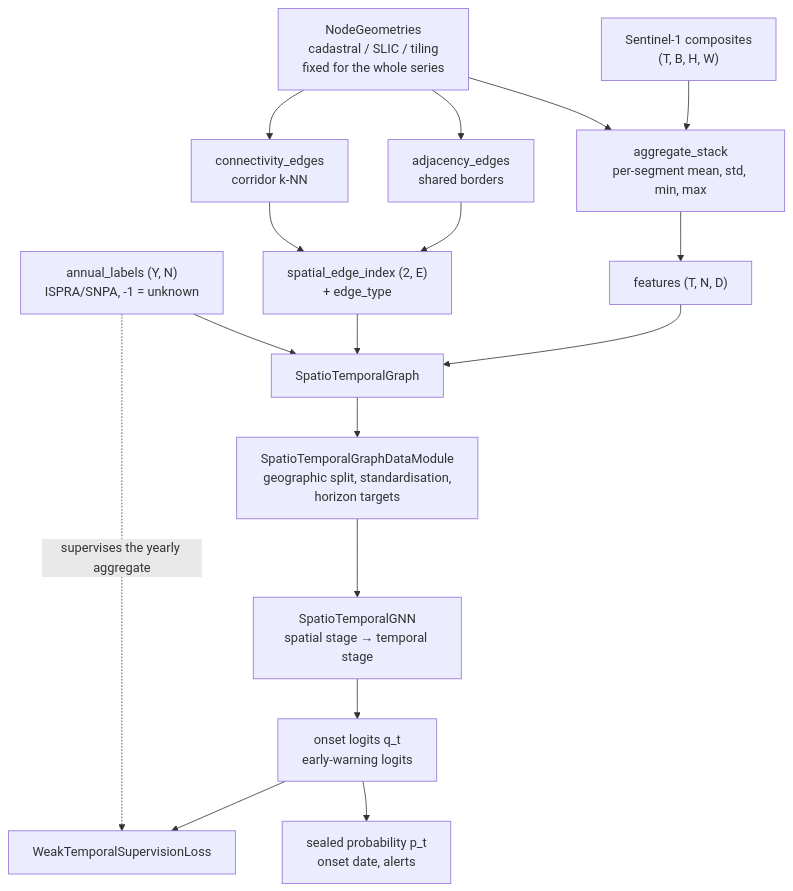
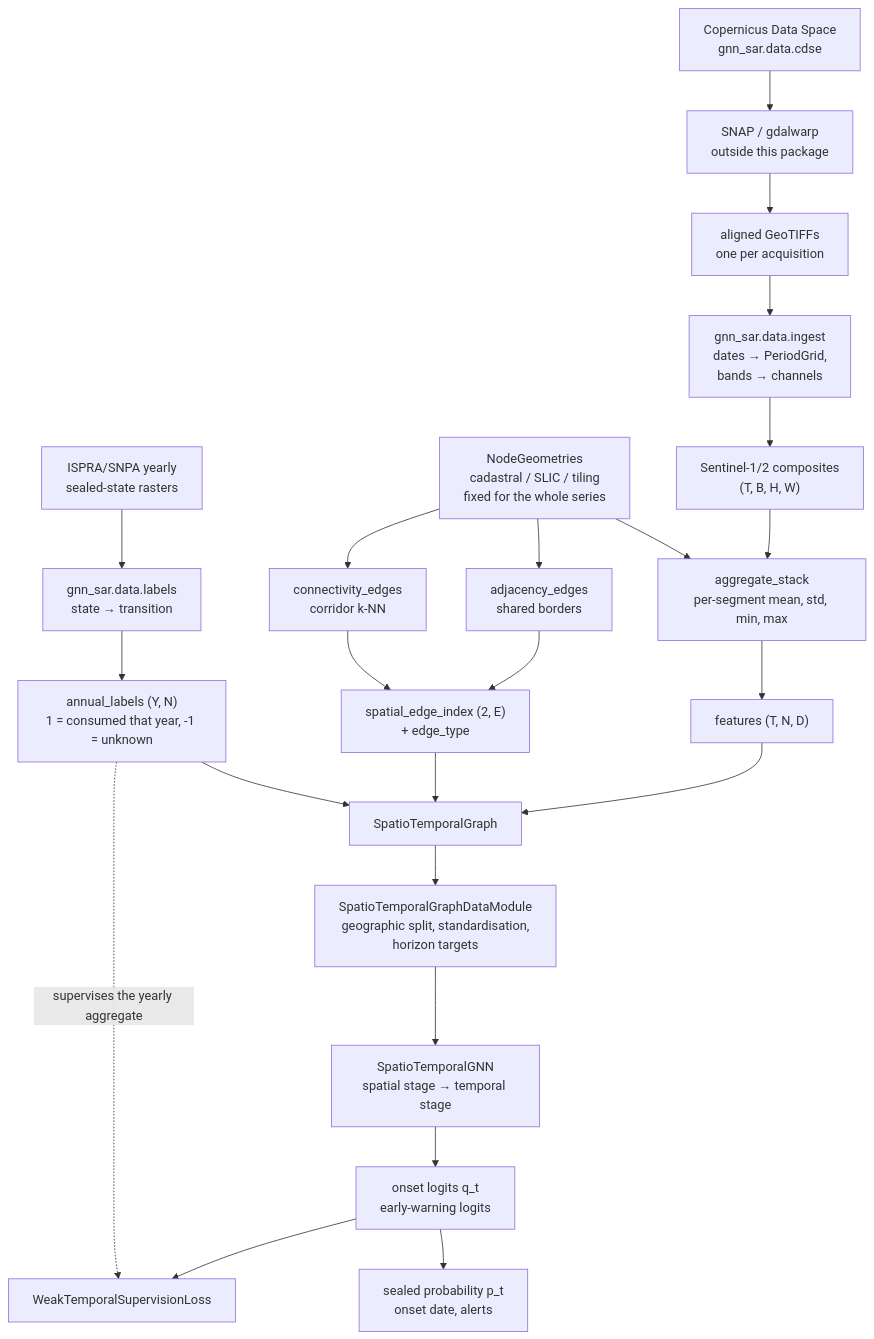
One commit to matteo-campana/gnn-sar changed the diagram in ARCHITECTURE.md. Above: the diagram before and after it, drawn with Mermaid. The commit also changed other lines of this file and 24 other files, not shown here.

First line of the commit message:
Add the Sentinel ingestion path and a guide to using real data

````diff
--- a/ARCHITECTURE.md
+++ b/ARCHITECTURE.md
@@ -10,22 +10,28 @@
 ```mermaid
 flowchart TD
-    RASTER["Sentinel-1 composites<br/>(T, B, H, W)"] --> AGG
+    CDSE["Copernicus Data Space<br/>gnn_sar.data.cdse"] --> PREP
+    PREP["SNAP / gdalwarp<br/>outside this package"] --> TIFF
+    TIFF["aligned GeoTIFFs<br/>one per acquisition"] --> INGEST
+    INGEST["gnn_sar.data.ingest<br/>dates → PeriodGrid,<br/>bands → channels"] --> RASTER
+    RASTER["Sentinel-1/2 composites<br/>(T, B, H, W)"] --> AGG
     GEOM["NodeGeometries<br/>cadastral / SLIC / tiling<br/>fixed for the whole series"] --> AGG
     AGG["aggregate_stack<br/>per-segment mean, std, min, max"] --> FEAT["features (T, N, D)"]
 
     GEOM --> ADJ["adjacency_edges<br/>shared borders"]
     GEOM --> CONN["connectivity_edges<br/>corridor k-NN"]
     ADJ --> EDGES["spatial_edge_index (2, E)<br/>+ edge_type"]
     CONN --> EDGES
 
     FEAT --> GRAPH["SpatioTemporalGraph"]
     EDGES --> GRAPH
-    LABELS["annual_labels (Y, N)<br/>ISPRA/SNPA, -1 = unknown"] --> GRAPH
+    ISPRA["ISPRA/SNPA yearly<br/>sealed-state rasters"] --> LAB
+    LAB["gnn_sar.data.labels<br/>state → transition"] --> LABELS
+    LABELS["annual_labels (Y, N)<br/>1 = consumed that year, -1 = unknown"] --> GRAPH
 
     GRAPH --> DM["SpatioTemporalGraphDataModule<br/>geographic split, standardisation,<br/>horizon targets"]
     DM --> MODEL["SpatioTemporalGNN<br/>spatial stage → temporal stage"]
     MODEL --> HEADS["onset logits q_t<br/>early-warning logits"]
     HEADS --> LOSS["WeakTemporalSupervisionLoss"]
     HEADS --> MAPS["sealed probability p_t<br/>onset date, alerts"]
     LABELS -. supervises the yearly aggregate .-> LOSS
 ```
````
